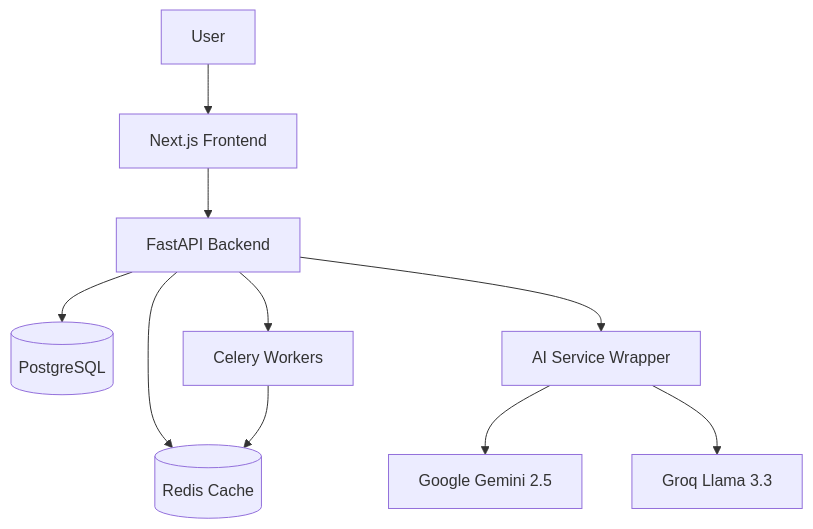
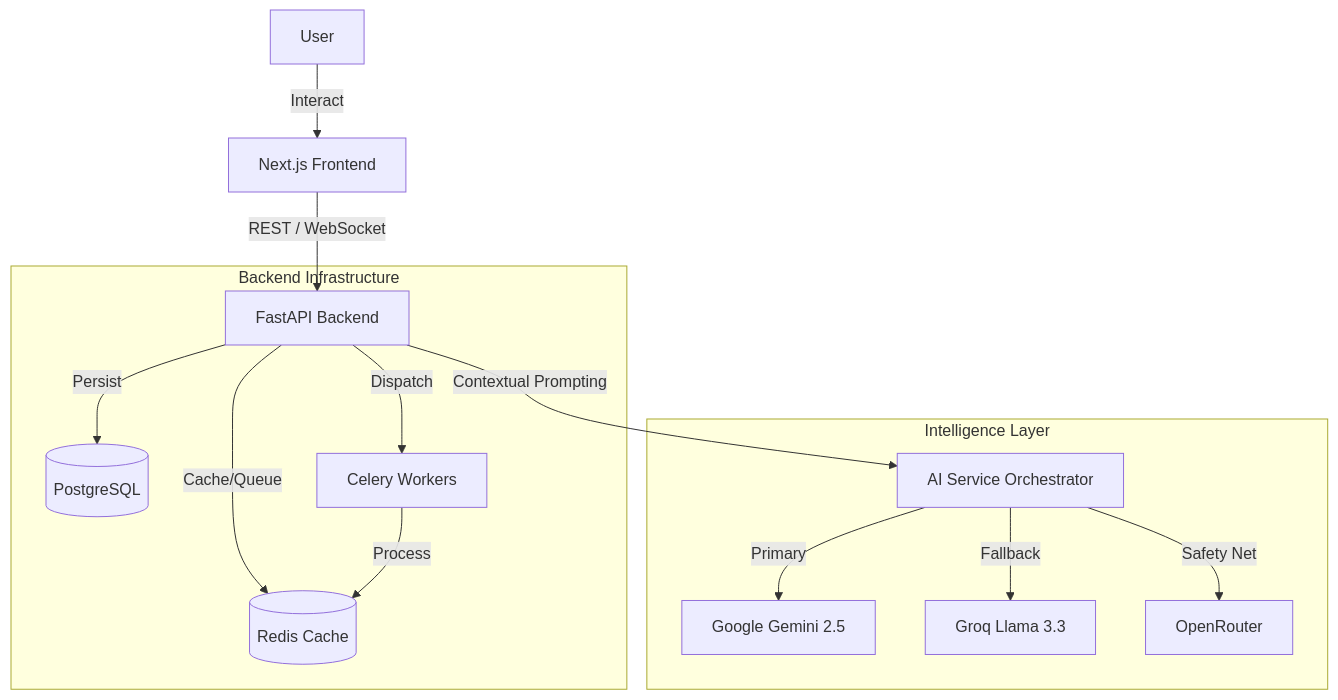
One commit to nahmahn/NxtDevs changed the first of 2 diagrams in README.md. Above: the diagram before and after it, drawn with Mermaid. The commit also changed other lines of this file, not shown here.

````diff
--- a/README.md
+++ b/README.md
@@ -33,12 +72,19 @@
 ```mermaid
 graph TD
-    User[User] --> Frontend[Next.js Frontend]
-    Frontend --> Backend[FastAPI Backend]
-    Backend --> DB[(PostgreSQL)]
-    Backend --> Redis[(Redis Cache)]
-    Backend --> AI[AI Service Wrapper]
-    AI --> Gemini[Google Gemini 2.5]
-    AI --> Groq[Groq Llama 3.3]
-    Backend --> Celery[Celery Workers]
-    Celery --> Redis
+    User[User] -->|Interact| Frontend[Next.js Frontend]
+    Frontend -->|REST / WebSocket| Backend[FastAPI Backend]
+    
+    subgraph "Backend Infrastructure"
+        Backend -->|Persist| DB[(PostgreSQL)]
+        Backend -->|Cache/Queue| Redis[(Redis Cache)]
+        Backend -->|Dispatch| Celery[Celery Workers]
+        Celery -->|Process| Redis
+    end
+    
+    subgraph "Intelligence Layer"
+        Backend -->|Contextual Prompting| AI[AI Service Orchestrator]
+        AI -->|Primary| Gemini[Google Gemini 2.5]
+        AI -->|Fallback| Groq[Groq Llama 3.3]
+        AI -->|Safety Net| OpenRouter
+    end
 ```
````
